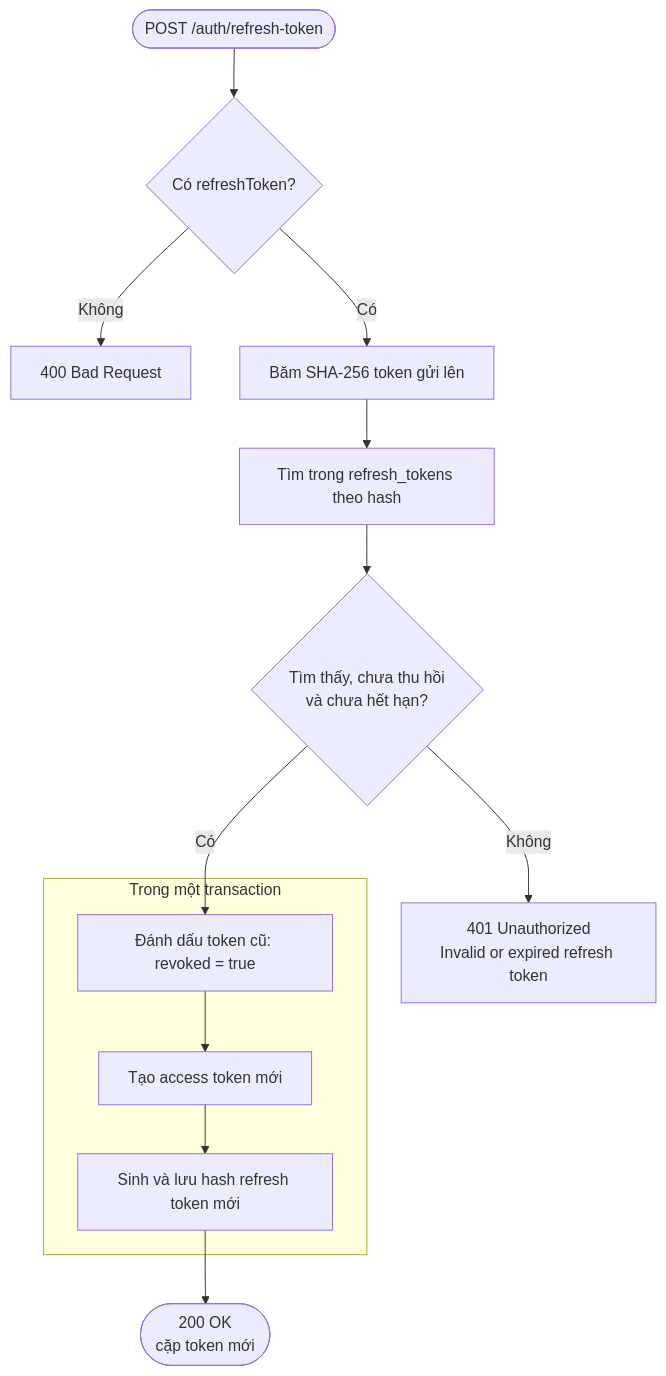
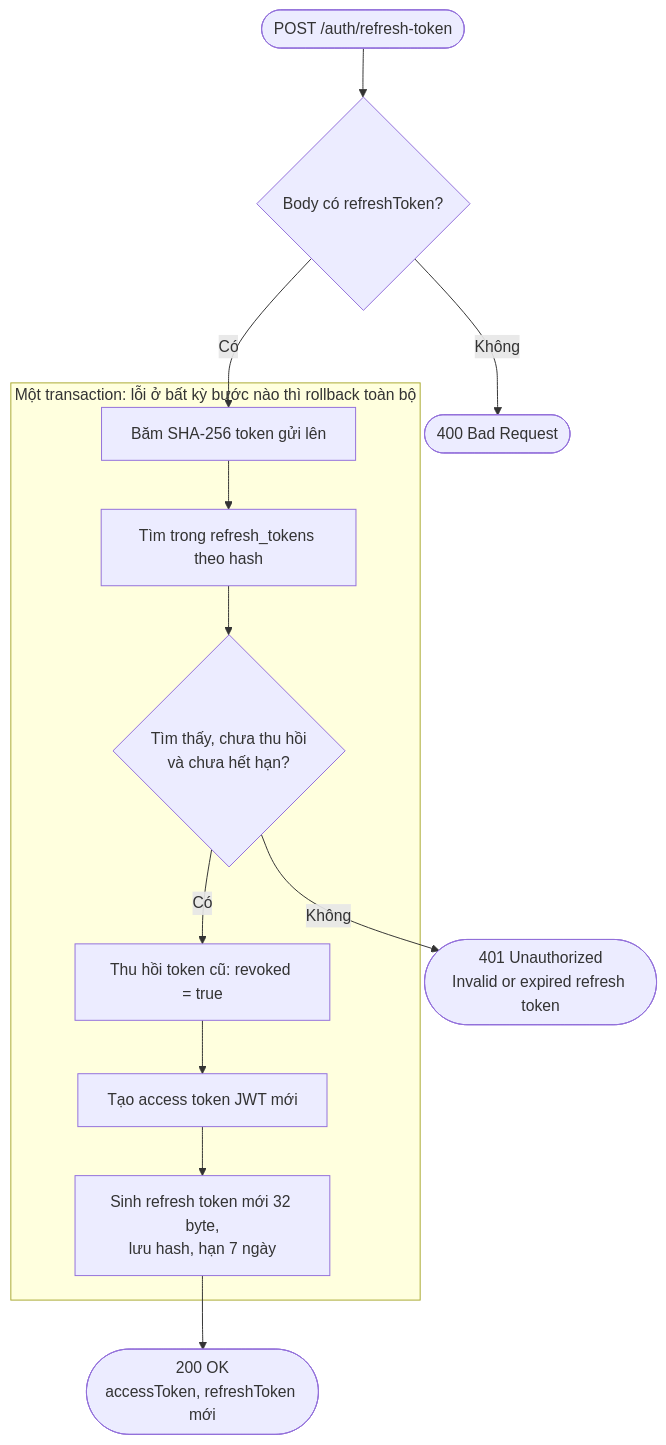
One commit to Phamminh161005/CourseHub changed the third of 7 diagrams in docs/luong-nghiep-vu.md. Above: the diagram before and after it, drawn with Mermaid. The commit also changed other lines of this file and 4 other files, not shown here.

````diff
--- a/docs/luong-nghiep-vu.md
+++ b/docs/luong-nghiep-vu.md
@@ -47,15 +81,15 @@
 ```mermaid
 flowchart TD
-    A(["POST /auth/refresh-token"]) --> B{"Có refreshToken?"}
-    B -- Không --> E400["400 Bad Request"]
-    B -- Có --> C["Băm SHA-256 token gửi lên"]
-    C --> D["Tìm trong refresh_tokens theo hash"]
-    D --> E{"Tìm thấy, chưa thu hồi<br/>và chưa hết hạn?"}
-    E -- Không --> E401["401 Unauthorized<br/>Invalid or expired refresh token"]
-    subgraph TX ["Trong một transaction"]
-        F["Đánh dấu token cũ: revoked = true"] --> G["Tạo access token mới"]
-        G --> H["Sinh và lưu hash refresh token mới"]
+    A(["POST /auth/refresh-token"]) --> B{"Body có refreshToken?"}
+    B -- Không --> E400(["400 Bad Request"])
+    subgraph TX ["Một transaction: lỗi ở bất kỳ bước nào thì rollback toàn bộ"]
+        C["Băm SHA-256 token gửi lên"] --> D["Tìm trong refresh_tokens theo hash"]
+        D --> E{"Tìm thấy, chưa thu hồi<br/>và chưa hết hạn?"}
+        F["Thu hồi token cũ: revoked = true"] --> G["Tạo access token JWT mới"]
+        G --> H["Sinh refresh token mới 32 byte,<br/>lưu hash, hạn 7 ngày"]
     end
+    B -- Có --> C
     E -- Có --> F
-    H --> I(["200 OK<br/>cặp token mới"])
+    E -- Không --> E401(["401 Unauthorized<br/>Invalid or expired refresh token"])
+    H --> OK(["200 OK<br/>accessToken, refreshToken mới"])
 ```
````
